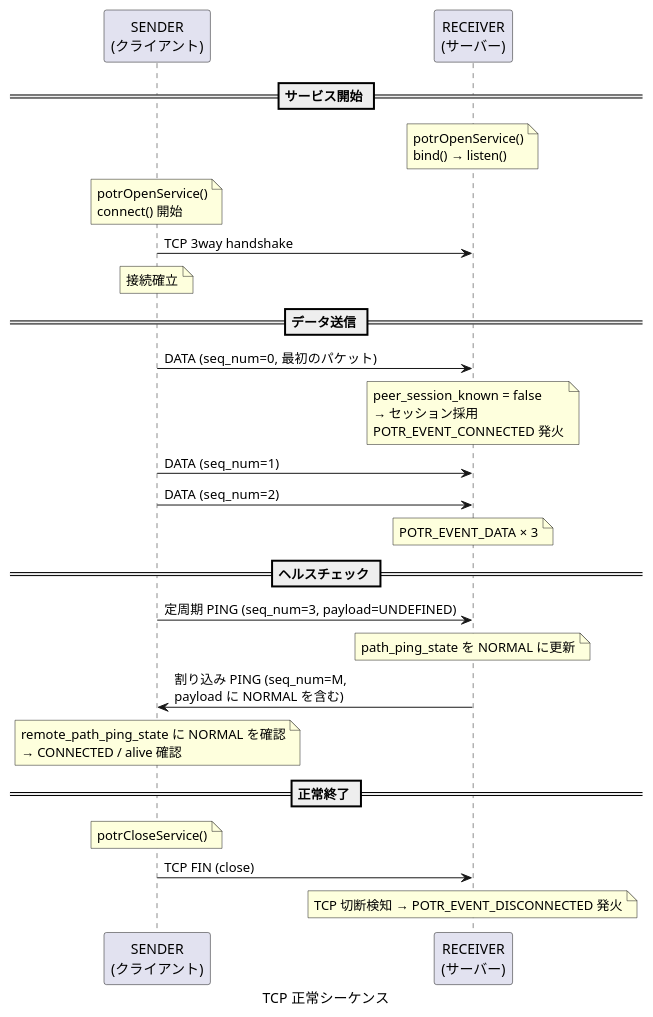
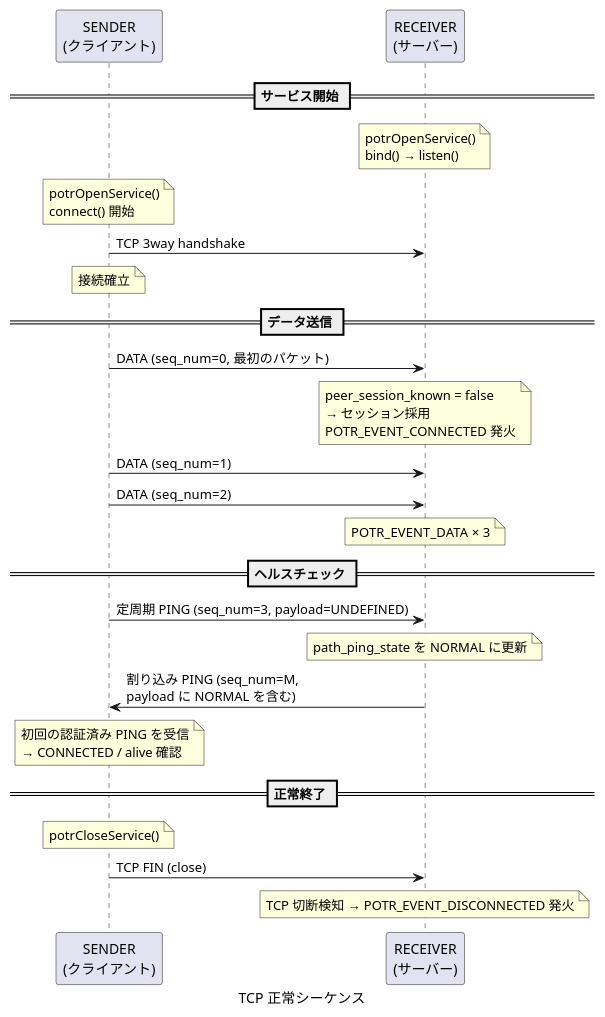
One commit to Hondarer/c-modernization-kit changed diagram 24 of 30 in app/porter/docs/sequence.md. Above: the diagram before and after it, drawn with PlantUML. The commit also changed 9 other files, not shown here.

````diff
--- a/app/porter/docs/sequence.md
+++ b/app/porter/docs/sequence.md
@@ -859,38 +859,38 @@
 ```plantuml
 @startuml TCP 正常シーケンス
 caption TCP 正常シーケンス
 
 participant "SENDER\n(クライアント)" as S
 participant "RECEIVER\n(サーバー)" as R
 
 == サービス開始 ==
 
 note over R: potrOpenService()\nbind() → listen()
 note over S: potrOpenService()\nconnect() 開始
 S -> R: TCP 3way handshake
 note over S: 接続確立
 
 == データ送信 ==
 
 S -> R: DATA (seq_num=0, 最初のパケット)
 note over R: peer_session_known = false\n→ セッション採用\nPOTR_EVENT_CONNECTED 発火
 
 S -> R: DATA (seq_num=1)
 S -> R: DATA (seq_num=2)
 note over R: POTR_EVENT_DATA × 3
 
 == ヘルスチェック ==
 
 S -> R: 定周期 PING (seq_num=3, payload=UNDEFINED)
 note over R: path_ping_state を NORMAL に更新
 R -> S: 割り込み PING (seq_num=M,\npayload に NORMAL を含む)
-note over S: remote_path_ping_state に NORMAL を確認\n→ CONNECTED / alive 確認
+note over S: 初回の認証済み PING を受信\n→ CONNECTED / alive 確認
 
 == 正常終了 ==
 
 note over S: potrCloseService()
 S -> R: TCP FIN (close)
 note over R: TCP 切断検知 → POTR_EVENT_DISCONNECTED 発火
 
 @enduml
 ```
````
